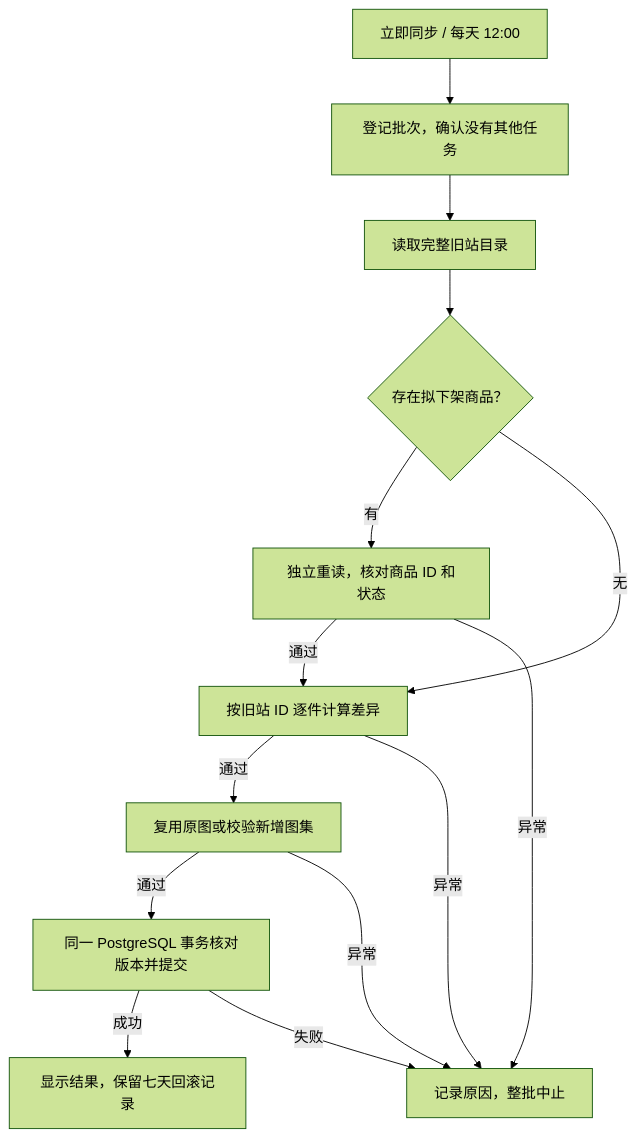
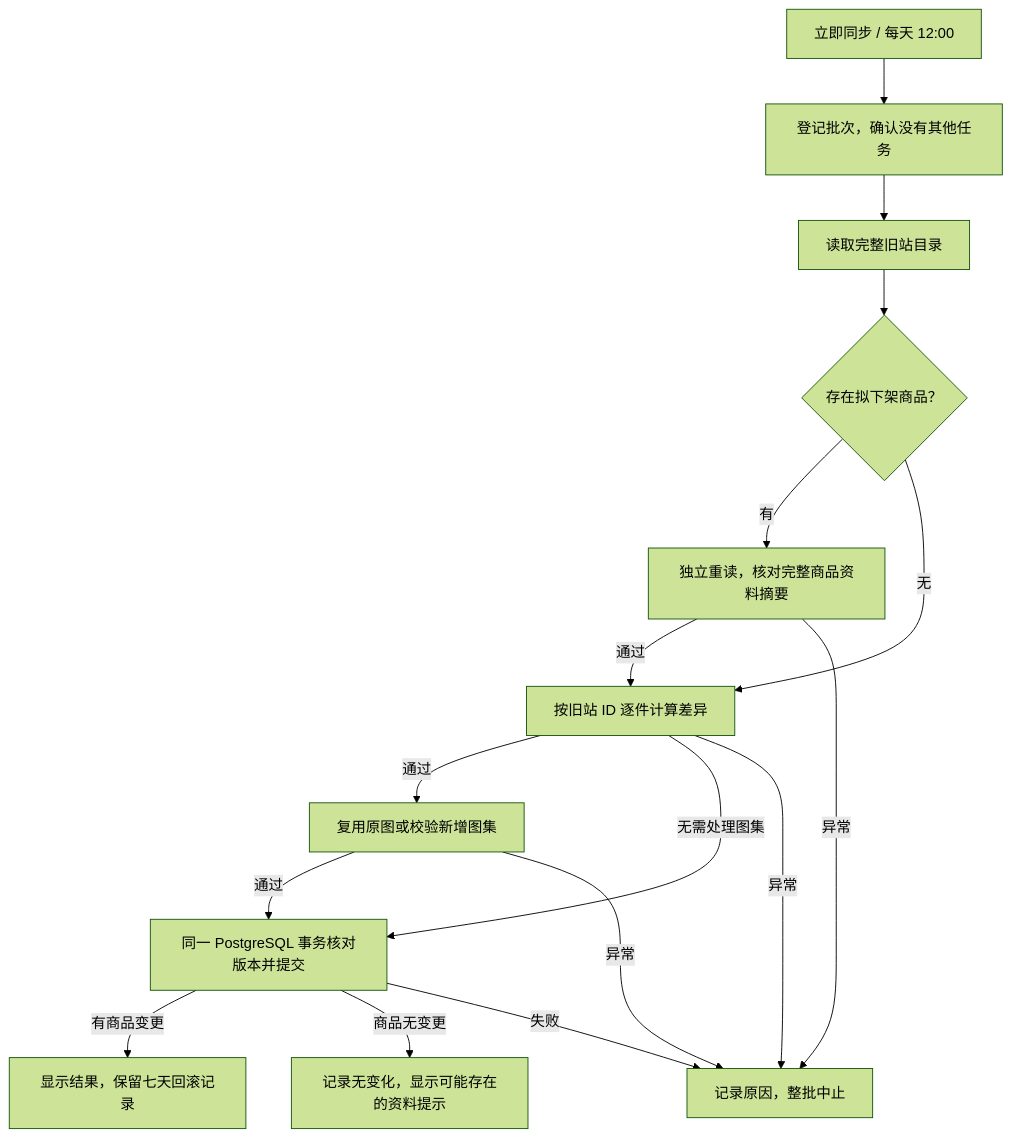
The diagram in 代码/部署/qingye-production/README--旧站商品同步.md (ZhaoZan010903/QingYeGame), drawn with Mermaid (forest theme) before and after one commit. The commit also changed other lines of this file and 11 other files, not shown here.

Commit message:
fix: 按商品差异同步旧站目录并复用已核验图片

````diff
--- a/代码/部署/qingye-production/README--旧站商品同步.md
+++ b/代码/部署/qingye-production/README--旧站商品同步.md
@@ -11,16 +11,18 @@
 ```mermaid
 flowchart TD
     Trigger["立即同步 / 每天 12:00"] --> Reserve["登记批次，确认没有其他任务"]
     Reserve --> Read["读取完整旧站目录"]
     Read --> Down{"存在拟下架商品？"}
-    Down -->|有| Verify["独立重读，核对商品 ID 和状态"]
+    Down -->|有| Verify["独立重读，核对完整商品资料摘要"]
     Down -->|无| Compare["按旧站 ID 逐件计算差异"]
     Verify -->|通过| Compare
     Verify -->|异常| Stop["记录原因，整批中止"]
     Compare -->|通过| Media["复用原图或校验新增图集"]
+    Compare -->|无需处理图集| Commit
     Compare -->|异常| Stop
     Media -->|通过| Commit["同一 PostgreSQL 事务核对版本并提交"]
     Media -->|异常| Stop
-    Commit -->|成功| Result["显示结果，保留七天回滚记录"]
+    Commit -->|有商品变更| Result["显示结果，保留七天回滚记录"]
+    Commit -->|商品无变更| Done["记录无变化，显示可能存在的资料提示"]
     Commit -->|失败| Stop
 ```
````
